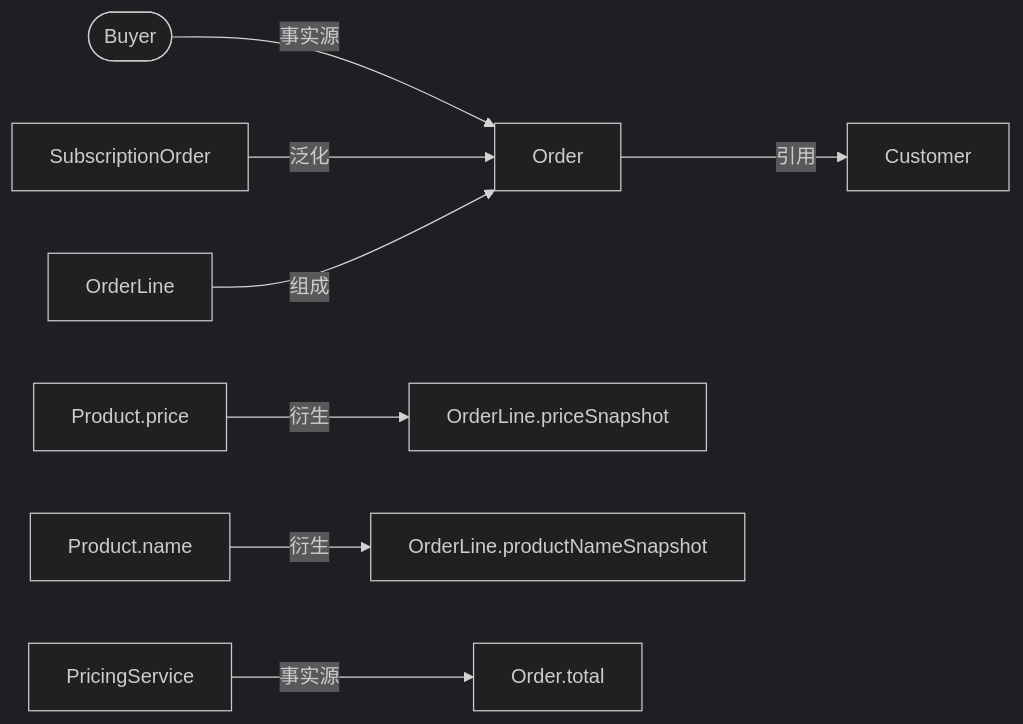
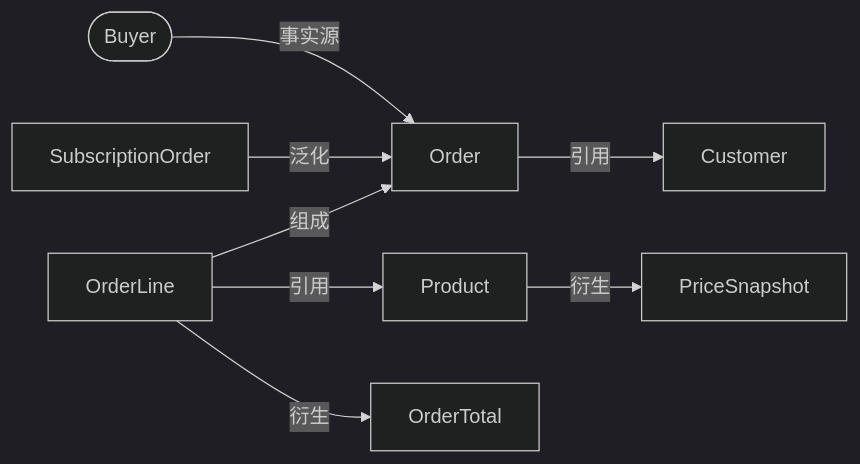
The second of 2 diagrams in skills/references/writing-blocks/model-relation.md (554943871/repo-wiki), drawn with Mermaid (dark theme) before and after one commit. The commit also changed other lines of this file and 4 other files, not shown here.

````diff
--- a/skills/references/writing-blocks/model-relation.md
+++ b/skills/references/writing-blocks/model-relation.md
@@ -106,22 +129,19 @@
 ```mermaid
 flowchart LR
   Buyer(["Buyer"])
   SubscriptionOrder["SubscriptionOrder"]
   Order["Order"]
   OrderLine["OrderLine"]
   Customer["Customer"]
-  ProductPrice["Product.price"]
-  ProductName["Product.name"]
-  PriceSnapshot["OrderLine.priceSnapshot"]
-  NameSnapshot["OrderLine.productNameSnapshot"]
-  OrderTotal["Order.total"]
-  PricingService["PricingService"]
+  Product["Product"]
+  PriceSnapshot["PriceSnapshot"]
+  OrderTotal["OrderTotal"]
 
   Buyer -->|事实源| Order
   SubscriptionOrder -->|泛化| Order
   OrderLine -->|组成| Order
   Order -->|引用| Customer
-  ProductPrice -->|衍生| PriceSnapshot
-  ProductName -->|衍生| NameSnapshot
-  PricingService -->|事实源| OrderTotal
+  OrderLine -->|引用| Product
+  Product -->|衍生| PriceSnapshot
+  OrderLine -->|衍生| OrderTotal
 ```
````
